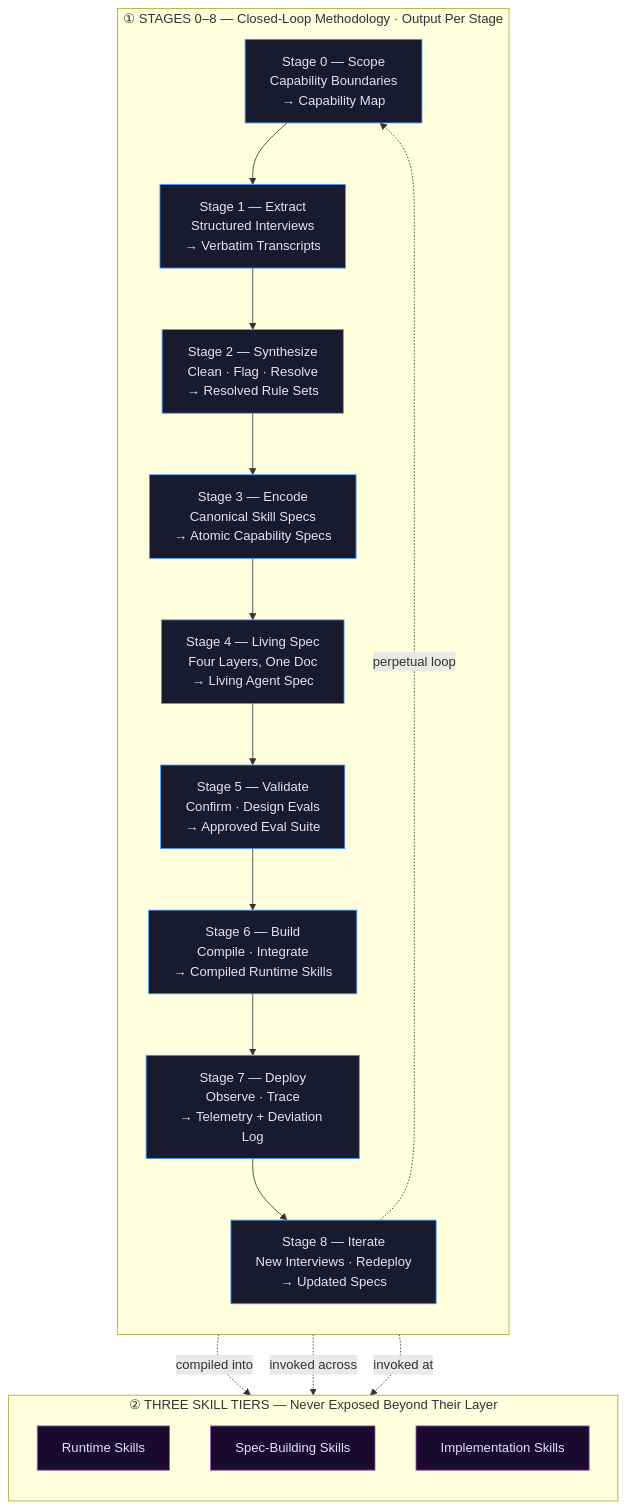
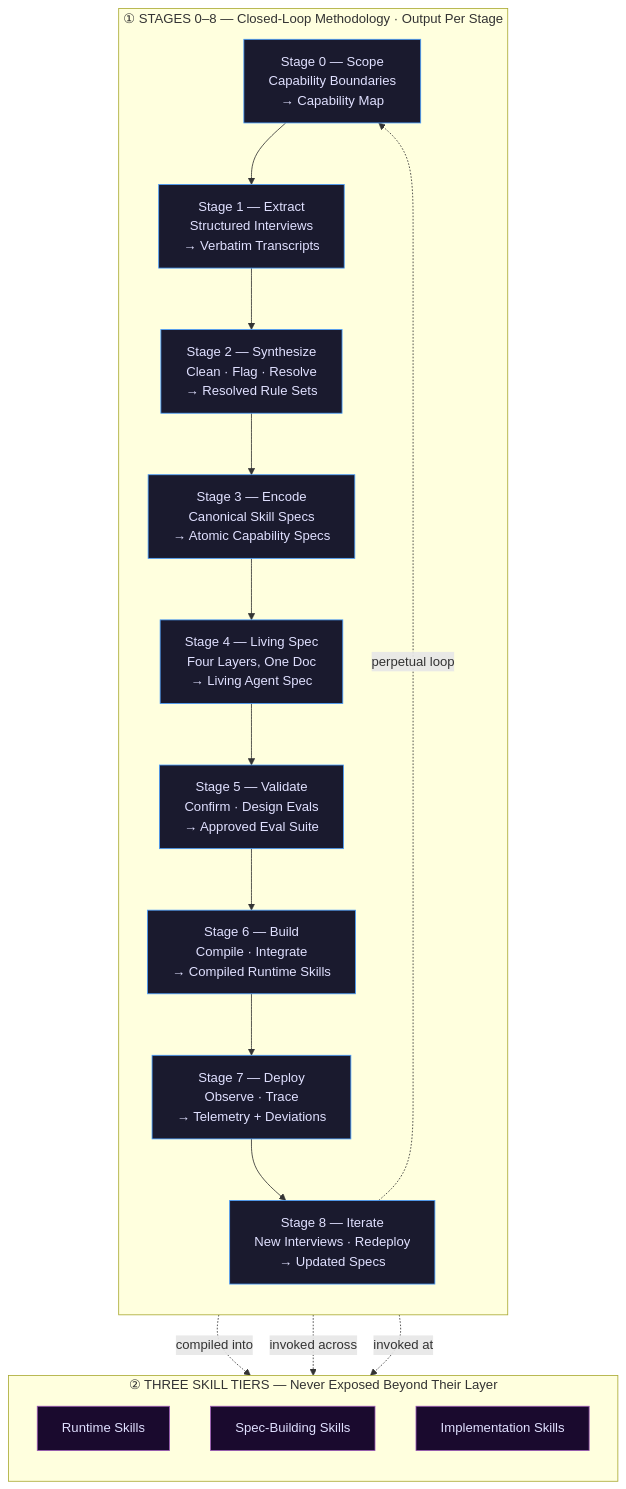
The first of 11 diagrams in README.md (bryancalabro/bryancalabro), drawn with Mermaid before and after one commit. The commit also changed other lines of this file and 1 other file, not shown here.

````diff
--- a/README.md
+++ b/README.md
@@ -31,34 +31,34 @@
 ```mermaid
 flowchart TD
     subgraph LOOP["① STAGES 0–8 — Closed-Loop Methodology · Output Per Stage"]
         direction TB
         S0["Stage 0 — Scope<br/>Capability Boundaries<br/>→ Capability Map"]
         S1["Stage 1 — Extract<br/>Structured Interviews<br/>→ Verbatim Transcripts"]
         S2["Stage 2 — Synthesize<br/>Clean · Flag · Resolve<br/>→ Resolved Rule Sets"]
         S3["Stage 3 — Encode<br/>Canonical Skill Specs<br/>→ Atomic Capability Specs"]
         S4["Stage 4 — Living Spec<br/>Four Layers, One Doc<br/>→ Living Agent Spec"]
         S5["Stage 5 — Validate<br/>Confirm · Design Evals<br/>→ Approved Eval Suite"]
         S6["Stage 6 — Build<br/>Compile · Integrate<br/>→ Compiled Runtime Skills"]
-        S7["Stage 7 — Deploy<br/>Observe · Trace<br/>→ Telemetry + Deviation Log"]
+        S7["Stage 7 — Deploy<br/>Observe · Trace<br/>→ Telemetry + Deviations"]
         S8["Stage 8 — Iterate<br/>New Interviews · Redeploy<br/>→ Updated Specs"]
         S0 --> S1 --> S2 --> S3 --> S4 --> S5 --> S6 --> S7 --> S8
         S8 -.->|perpetual loop| S0
     end
 
     subgraph TIERS["② THREE SKILL TIERS — Never Exposed Beyond Their Layer"]
         direction TB
         RT[Runtime Skills]
         SB[Spec-Building Skills]
         IM[Implementation Skills]
     end
 
     S3 -.->|compiled into| RT
     S2 -.->|invoked across| SB
     S6 -.->|invoked at| IM
 
     classDef loopStyle fill:#1a1a2e,stroke:#4a9eff,color:#e0e0ff
     classDef tierStyle fill:#1a0a2e,stroke:#9b59b6,color:#e0e0ff
 
     class S0,S1,S2,S3,S4,S5,S6,S7,S8 loopStyle
     class RT,SB,IM tierStyle
 ```
````
